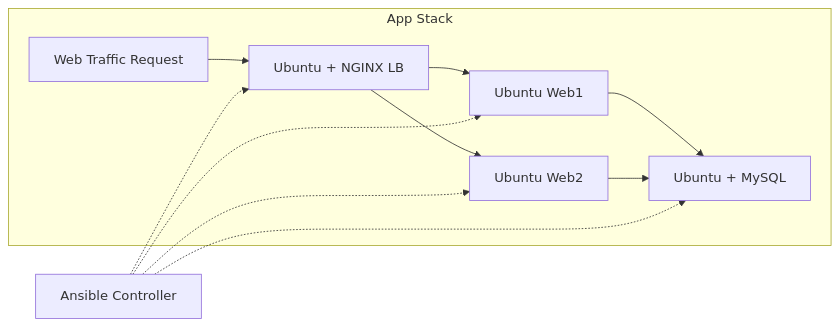
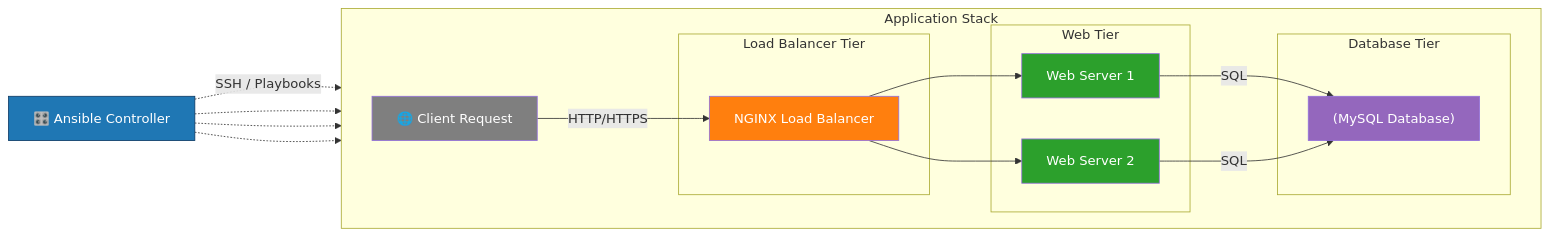
Before and after one commit to phyomauk/ansible-lab: the diagram in README.md, drawn with Mermaid.

Commit message:
updated diagram

````diff
--- a/README.md
+++ b/README.md
@@ -12,23 +12,50 @@
 ```mermaid
 flowchart LR
-    ANSIBLE[Ansible Controller]
+    %% Nodes
+    ANSIBLE[🎛️ Ansible Controller]
 
-    subgraph App Stack
-        USER[Web Traffic Request]
-        LB[Ubuntu + NGINX LB]
-        WEB1[Ubuntu Web1]
-        WEB2[Ubuntu Web2]
-        DB[Ubuntu + MySQL]
+    subgraph APP[Application Stack]
+        direction LR
 
-        USER --> LB
-        LB --> WEB1
-        LB --> WEB2
-        WEB1 --> DB
-        WEB2 --> DB
+        USER[🌐 Client Request]
+
+        subgraph LB_TIER[Load Balancer Tier]
+            LB[NGINX Load Balancer]
+        end
+
+        subgraph WEB_TIER[Web Tier]
+            WEB1[Web Server 1]
+            WEB2[Web Server 2]
+        end
+
+        subgraph DB_TIER[Database Tier]
+            DB["(MySQL Database)"]
+        end
     end
 
-    ANSIBLE -.-> LB
+    %% Traffic Flow (solid)
+    USER -->|HTTP/HTTPS| LB
+    LB --> WEB1
+    LB --> WEB2
+    WEB1 -->|SQL| DB
+    WEB2 -->|SQL| DB
+
+    %% Ansible Control Plane (dashed)
+    ANSIBLE -. SSH / Playbooks .-> LB
     ANSIBLE -.-> WEB1
     ANSIBLE -.-> WEB2
     ANSIBLE -.-> DB
+
+    %% Styling
+    classDef controller fill:#1f77b4,color:#fff,stroke:#0d3b66
+    classDef lb fill:#ff7f0e,color:#fff
+    classDef web fill:#2ca02c,color:#fff
+    classDef db fill:#9467bd,color:#fff
+    classDef user fill:#7f7f7f,color:#fff
+
+    class ANSIBLE controller
+    class LB lb
+    class WEB1,WEB2 web
+    class DB db
+    class USER user
 ```
````
